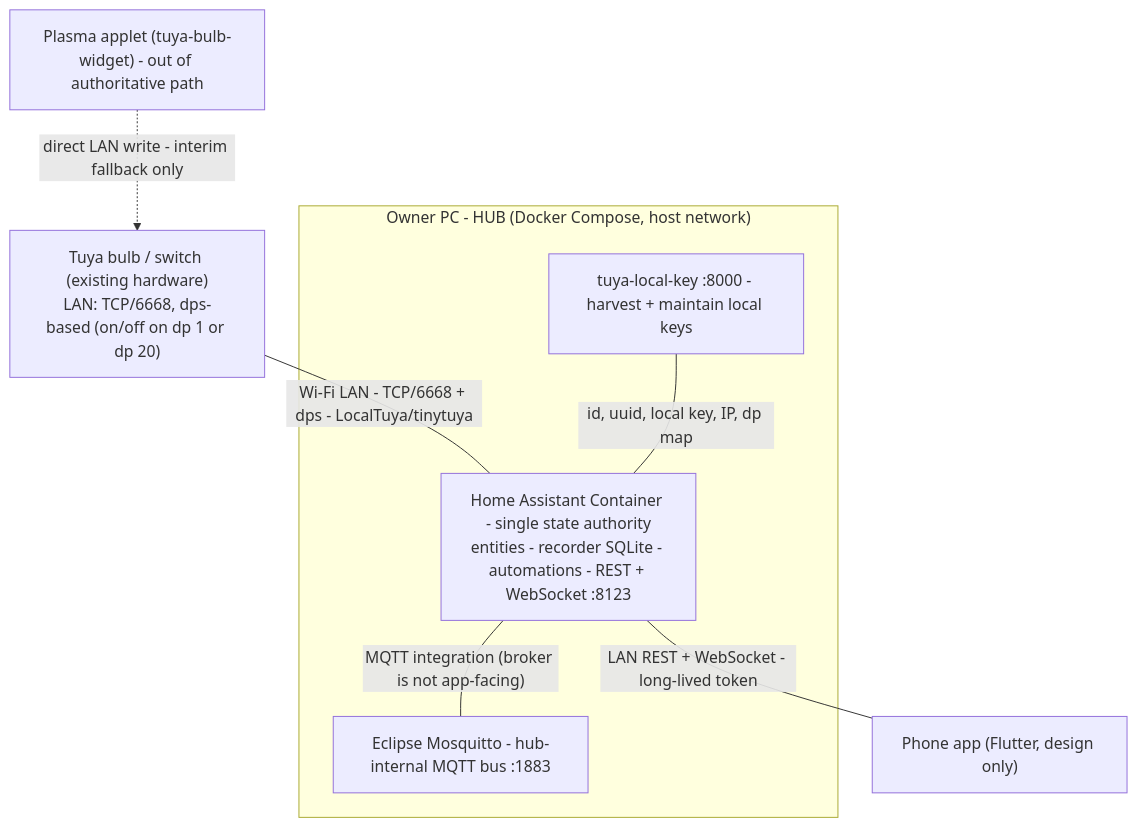
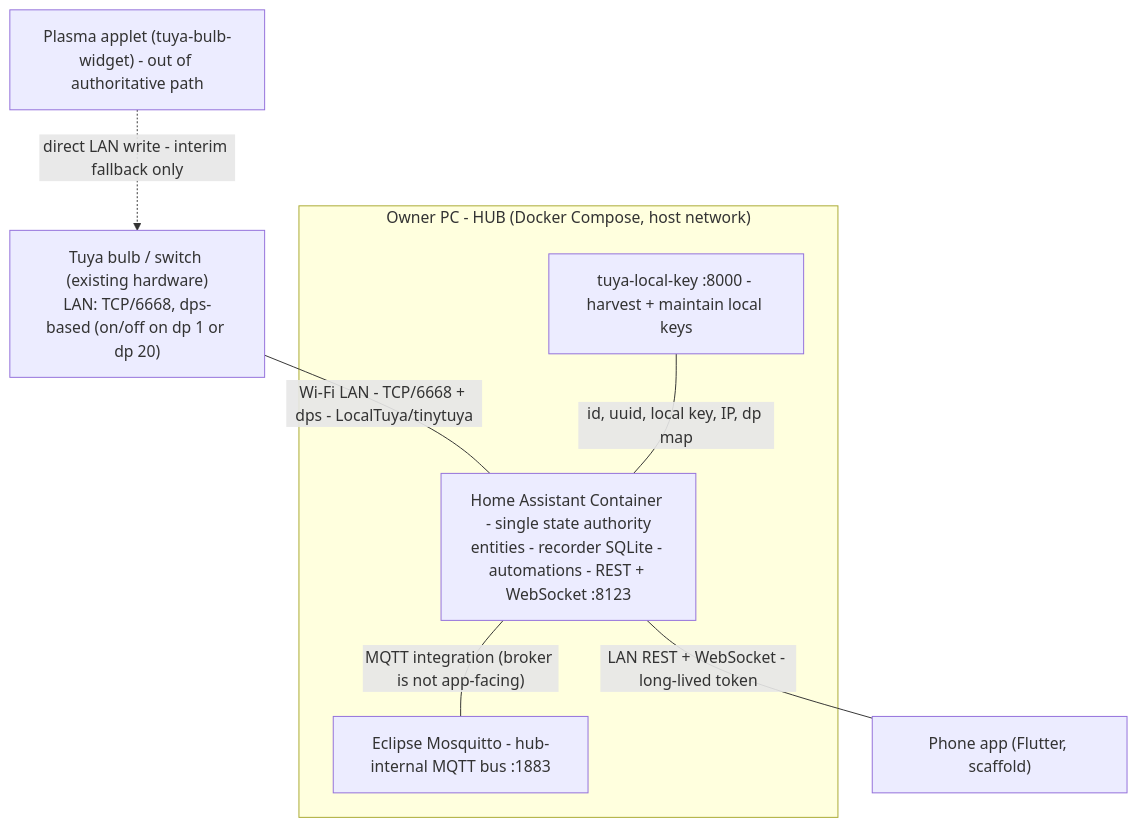
One commit to DaveR-ui/daver-home-system changed the diagram in docs/context/hosting-architecture.md. Above: the diagram before and after it, drawn with Mermaid. The commit also changed other lines of this file and 87 other files, not shown here.

````diff
--- a/docs/context/hosting-architecture.md
+++ b/docs/context/hosting-architecture.md
@@ -28,16 +28,16 @@
 ```mermaid
 flowchart TB
   DEV["Tuya bulb / switch (existing hardware)<br/>LAN: TCP/6668, dps-based (on/off on dp 1 or dp 20)"]
   subgraph PC["Owner PC - HUB (Docker Compose, host network)"]
     HA["Home Assistant Container - single state authority<br/>entities - recorder SQLite - automations - REST + WebSocket :8123"]
     MQ["Eclipse Mosquitto - hub-internal MQTT bus :1883"]
     TK["tuya-local-key :8000 - harvest + maintain local keys"]
   end
-  APP["Phone app (Flutter, design only)"]
+  APP["Phone app (Flutter, scaffold)"]
   KDE["Plasma applet (tuya-bulb-widget) - out of authoritative path"]
   DEV ---|"Wi-Fi LAN - TCP/6668 + dps - LocalTuya/tinytuya"| HA
   TK ---|"id, uuid, local key, IP, dp map"| HA
   HA ---|"MQTT integration (broker is not app-facing)"| MQ
   HA ---|"LAN REST + WebSocket - long-lived token"| APP
   KDE -.->|"direct LAN write - interim fallback only"| DEV
 ```
````
